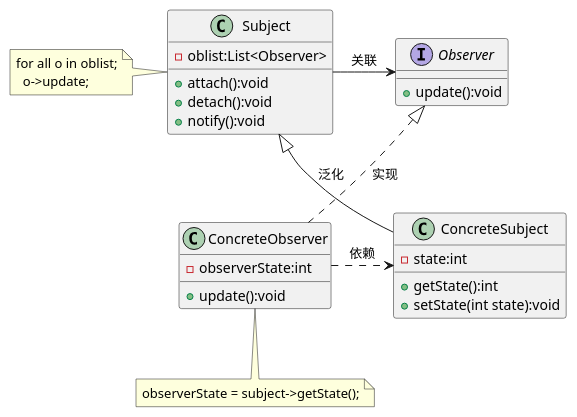
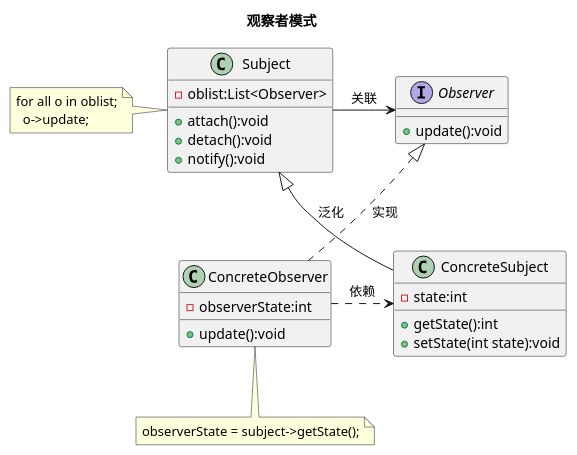
One commit to MikeWrong/uml changed the diagram in 行为型模式/观察者模式.puml. Above: the diagram before and after it, drawn with PlantUML. The commit also changed 1 other file, not shown here.

```diff
--- a/行为型模式/观察者模式.puml
+++ b/行为型模式/观察者模式.puml
@@ -1,38 +1,39 @@
 @startuml
+title:观察者模式
 
 /'被观察者(Subject)：知道它的通知对象，事件发生后会通知所有它知道的对象，提供添加删除观察者的接口。'/
 class Subject{
 -oblist:List<Observer>
 +attach():void
 +detach():void
 +notify():void
 }
 note left: for all o in oblist;\n  o->update;
 
 /'具体被观察者(ConcreteSubject)：被观察者具体的实例，存储观察者感兴趣的状态。'/
 class ConcreteSubject{
 -state:int
 +getState():int
 +setState(int state):void
 }
 
 Subject<|--ConcreteSubject:泛化
 
 /'观察者(Observer)：提供通知后的更新事件'/
 interface Observer{
 +update():void
 }
 
 /'具体观察者(ConcreteObserver)：观察者的具体实现。'/
 class ConcreteObserver{
 -observerState:int
 +update():void
 }
 note bottom: observerState = subject->getState();
 
 Observer<|..ConcreteObserver:实现
 
 ConcreteSubject <.left. ConcreteObserver:依赖
 Subject -right-> Observer:关联
 
 @enduml
```
